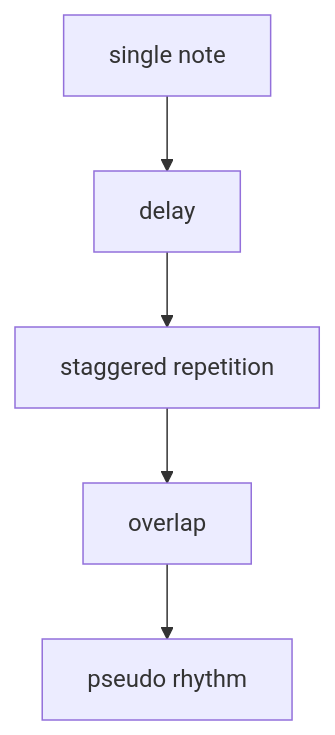
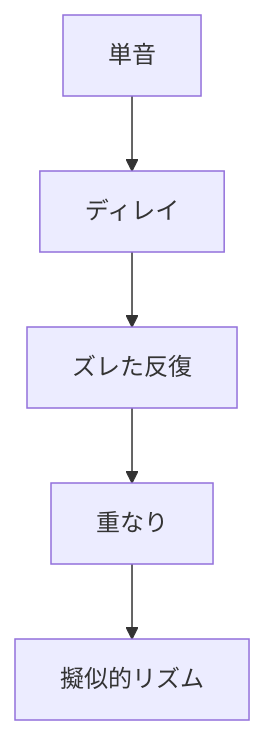
Before and after one commit to monumental-movement/monumental-movement.github.io: the third of 4 diagrams in en/_posts/2026-05-07-column-the-durutti-column.md, drawn with Mermaid. The commit also changed other lines of this file and 2196 other files, not shown here.

```diff
--- a/en/_posts/2026-05-07-column-the-durutti-column.md
+++ b/en/_posts/2026-05-07-column-the-durutti-column.md
@@ -151,7 +150,7 @@
 <div class="mermaid">
 graph TD
-A[single note] --> B[delay]
-B --> C[staggered repetition]
-C --> D[overlap]
-D --> E[pseudo rhythm]
+A[単音] --> B[ディレイ]
+B --> C[ズレた反復]
+C --> D[重なり]
+D --> E[擬似的リズム]
 </div>
```
